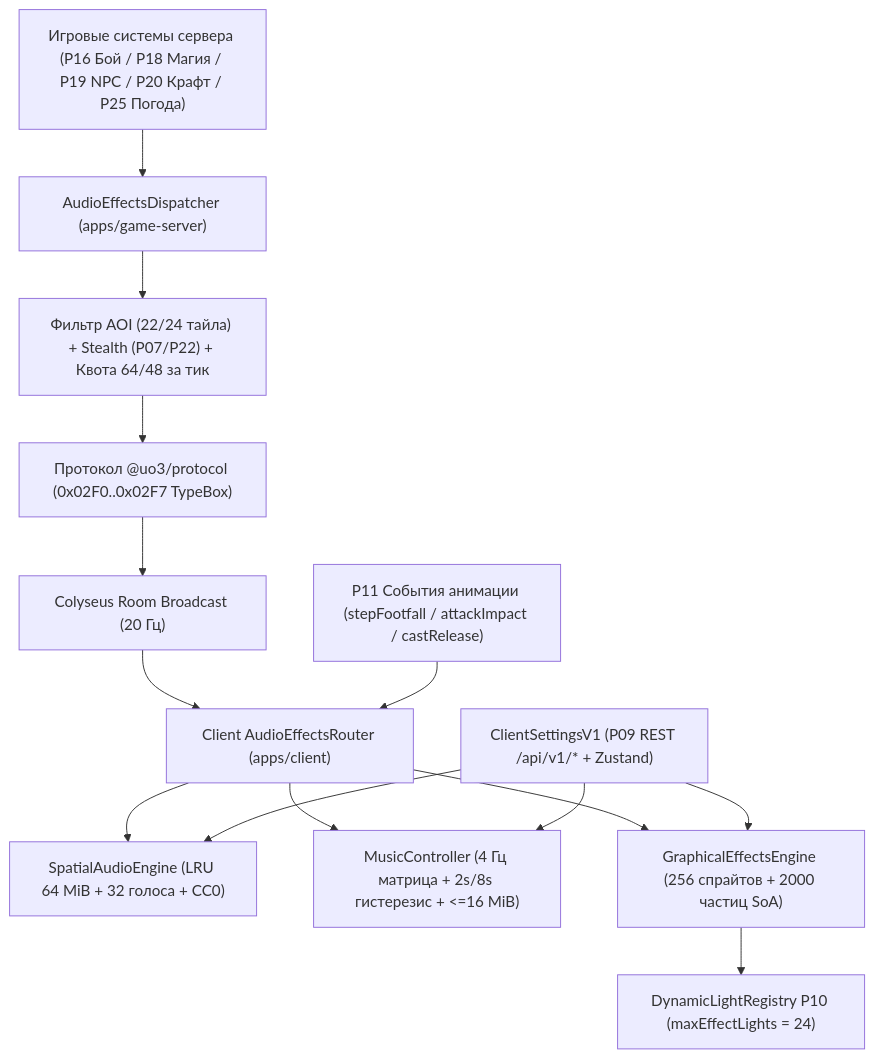
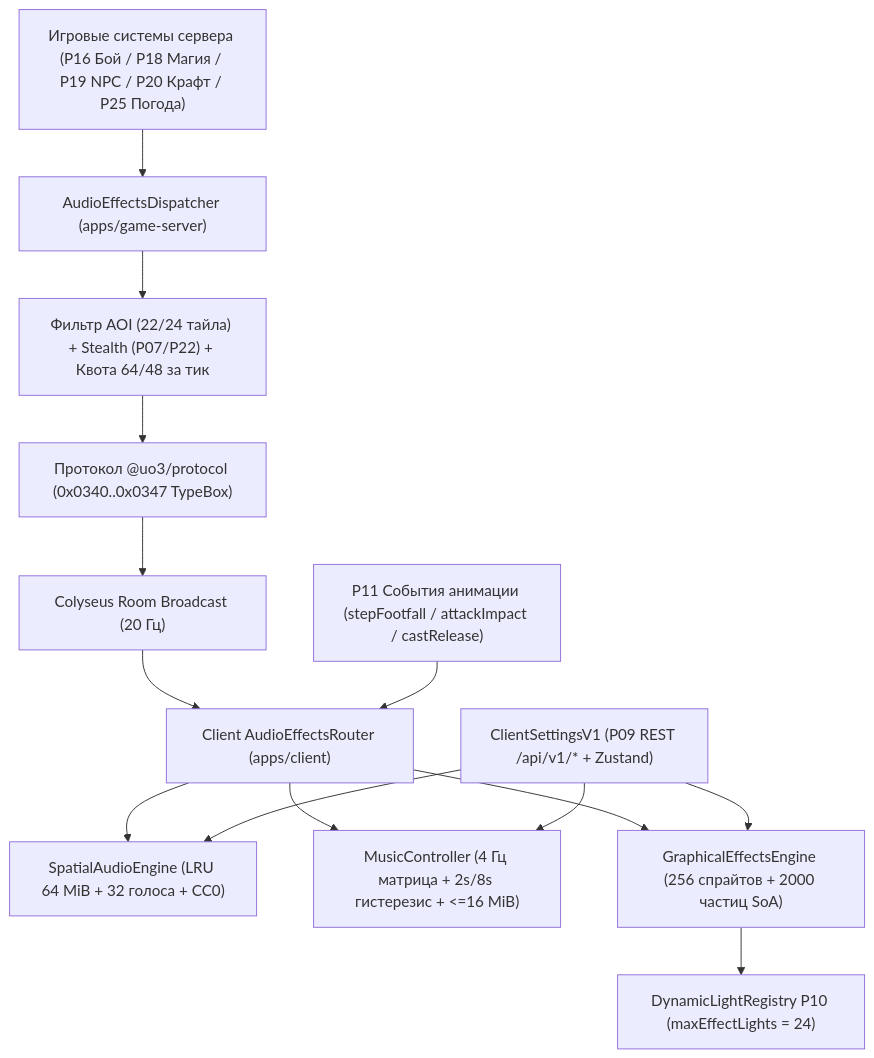
Before and after one commit to SergioAndreev/uo3: the first of 3 diagrams in openspec/changes/p28-audio-and-effects/design.md, drawn with Mermaid. The commit also changed other lines of this file and 188 other files, not shown here.

````diff
--- a/openspec/changes/p28-audio-and-effects/design.md
+++ b/openspec/changes/p28-audio-and-effects/design.md
@@ -75,16 +75,16 @@
 ```mermaid
 flowchart TD
     S_SRC["Игровые системы сервера (P16 Бой / P18 Магия / P19 NPC / P20 Крафт / P25 Погода)"] --> DISP["AudioEffectsDispatcher (apps/game-server)"]
     DISP --> AOI["Фильтр AOI (22/24 тайла) + Stealth (P07/P22) + Квота 64/48 за тик"]
-    AOI --> PROTO["Протокол @uo3/protocol (0x02F0..0x02F7 TypeBox)"]
+    AOI --> PROTO["Протокол @uo3/protocol (0x0340..0x0347 TypeBox)"]
     PROTO --> NET["Colyseus Room Broadcast (20 Гц)"]
     NET --> C_ROUTER["Client AudioEffectsRouter (apps/client)"]
     P11["P11 События анимации (stepFootfall / attackImpact / castRelease)"] --> C_ROUTER
     C_ROUTER --> SFX["SpatialAudioEngine (LRU 64 MiB + 32 голоса + CC0)"]
     C_ROUTER --> MUS["MusicController (4 Гц матрица + 2s/8s гистерезис + <=16 MiB)"]
     C_ROUTER --> GFX["GraphicalEffectsEngine (256 спрайтов + 2000 частиц SoA)"]
     GFX --> LIGHTS["DynamicLightRegistry P10 (maxEffectLights = 24)"]
     UI["ClientSettingsV1 (P09 REST /api/v1/* + Zustand)"] --> SFX
     UI --> MUS
     UI --> GFX
 ```
````
